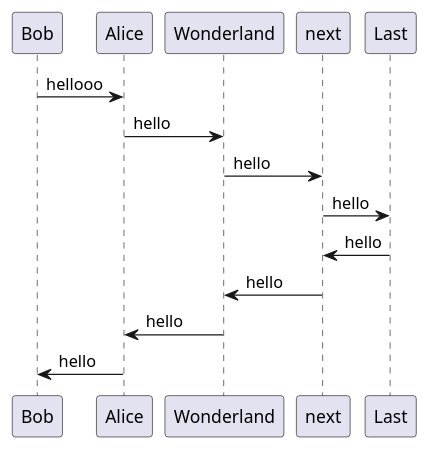
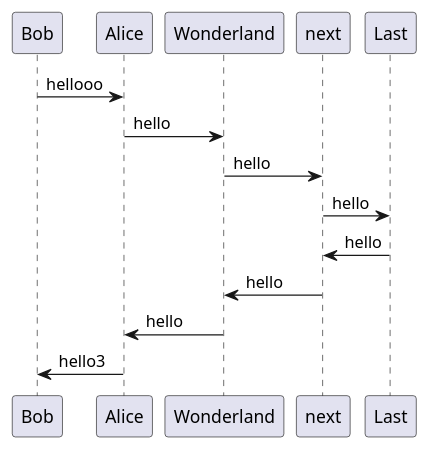
One commit to dkleinbe/my_quartz.old changed the second of 2 diagrams in content/01-Sandbox/Publishing.md. Above: the diagram before and after it, drawn with PlantUML. The commit also changed 1 other file, not shown here.

Commit message:
Published multiple files

````diff
--- a/content/01-Sandbox/Publishing.md
+++ b/content/01-Sandbox/Publishing.md
@@ -25,10 +25,10 @@
 ```plantuml 
 Bob -> Alice : hellooo 
 Alice -> Wonderland: hello 
 Wonderland -> next: hello 
 next -> Last: hello 
 Last -> next: hello 
 next -> Wonderland : hello 
 Wonderland -> Alice : hello 
-Alice -> Bob: hello 
+Alice -> Bob: hello3 
 ```
````
